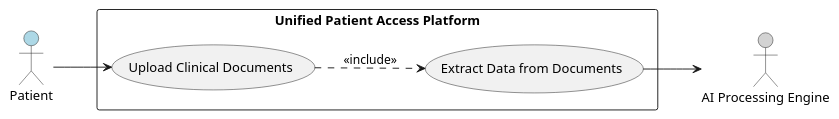
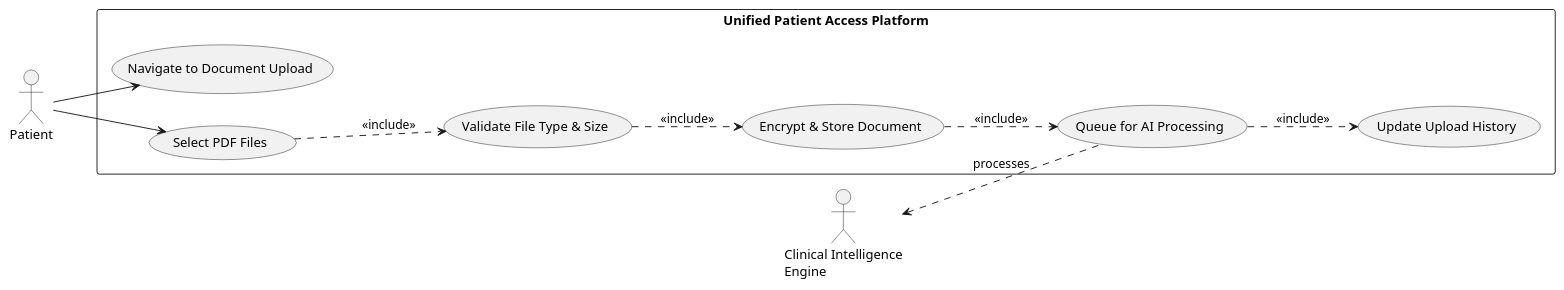
The seventh of 12 diagrams in .propel/context/docs/spec.md (divya-bharathi-24/Propel-IQ-Patient-Platform), drawn with PlantUML before and after one commit. The commit also changed other lines of this file and 60 other files, not shown here.

````diff
--- a/.propel/context/docs/spec.md
+++ b/.propel/context/docs/spec.md
@@ -606,18 +549,26 @@
 ```plantuml
-@startuml
+@startuml UC-007-Document-Upload
 left to right direction
 skinparam packageStyle rectangle
 
-actor Patient #LightBlue
-actor "AI Processing Engine" as AI #LightGray
+actor Patient
+actor "Clinical Intelligence\nEngine" as AIEngine
 
 rectangle "Unified Patient Access Platform" {
-  usecase "Upload Clinical Documents" as UC12
-  usecase "Extract Data from Documents" as UC12a
+  usecase "Navigate to Document Upload" as UC007_NAV
+  usecase "Select PDF Files" as UC007_SELECT
+  usecase "Validate File Type & Size" as UC007_VALIDATE
+  usecase "Encrypt & Store Document" as UC007_STORE
+  usecase "Queue for AI Processing" as UC007_QUEUE
+  usecase "Update Upload History" as UC007_HISTORY
 }
 
-Patient --> UC12
-UC12 ..> UC12a : <<include>>
-UC12a --> AI
+Patient --> UC007_NAV
+Patient --> UC007_SELECT
+UC007_SELECT ..> UC007_VALIDATE : <<include>>
+UC007_VALIDATE ..> UC007_STORE : <<include>>
+UC007_STORE ..> UC007_QUEUE : <<include>>
+UC007_QUEUE ..> UC007_HISTORY : <<include>>
+AIEngine <.. UC007_QUEUE : processes
 @enduml
 ```
````
